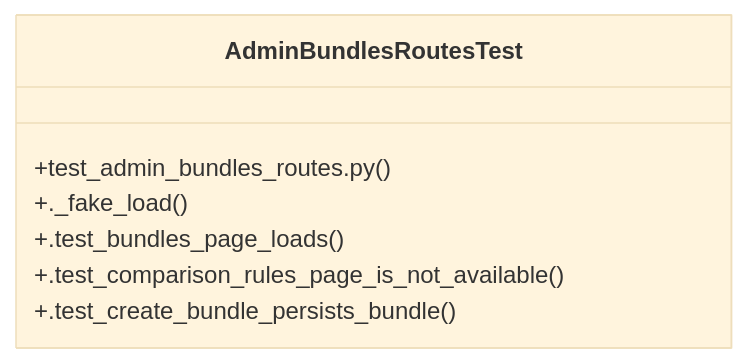
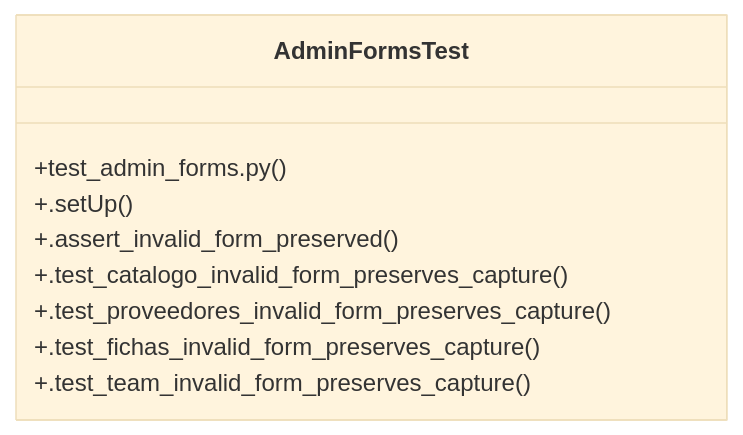
One commit to Daftrick/ProjectTracker changed the diagram in graphify-out/wiki/Community_32.md. Above: the diagram before and after it, drawn with Mermaid (base theme). The commit also changed other lines of this file and 522 other files, not shown here.

````diff
--- a/graphify-out/wiki/Community_32.md
+++ b/graphify-out/wiki/Community_32.md
@@ -18,10 +18,12 @@
 ```mermaid
 classDiagram
-    class AdminBundlesRoutesTest {
-        +test_admin_bundles_routes.py()
-        +._fake_load()
-        +.test_bundles_page_loads()
-        +.test_comparison_rules_page_is_not_available()
-        +.test_create_bundle_persists_bundle()
+    class AdminFormsTest {
+        +test_admin_forms.py()
+        +.setUp()
+        +.assert_invalid_form_preserved()
+        +.test_catalogo_invalid_form_preserves_capture()
+        +.test_proveedores_invalid_form_preserves_capture()
+        +.test_fichas_invalid_form_preserves_capture()
+        +.test_team_invalid_form_preserves_capture()
     }
 ```
````
